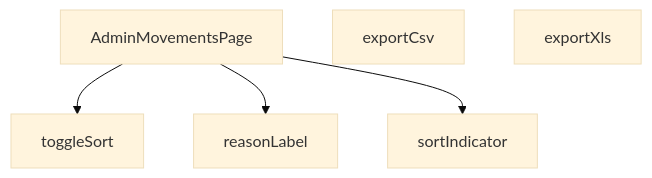
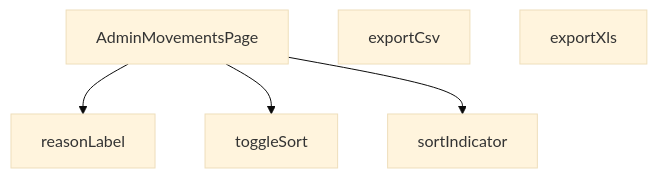
The diagram in src/views/admin/AdminMovementsPage.md (peckop/venthub-hvac-esite), drawn with Mermaid (base theme) before and after one commit. The commit also changed other lines of this file and 113 other files, not shown here.

````diff
--- a/src/views/admin/AdminMovementsPage.md
+++ b/src/views/admin/AdminMovementsPage.md
@@ -346,12 +253,12 @@
 ```mermaid
 graph TD
     AdminMovementsPage_tsx__AdminMovementsPage["AdminMovementsPage"]
     AdminMovementsPage_tsx__exportCsv["exportCsv"]
     AdminMovementsPage_tsx__exportXls["exportXls"]
     AdminMovementsPage_tsx__reasonLabel["reasonLabel"]
     AdminMovementsPage_tsx__sortIndicator["sortIndicator"]
     AdminMovementsPage_tsx__toggleSort["toggleSort"]
+    AdminMovementsPage_tsx__AdminMovementsPage --> AdminMovementsPage_tsx__reasonLabel
     AdminMovementsPage_tsx__AdminMovementsPage --> AdminMovementsPage_tsx__toggleSort
-    AdminMovementsPage_tsx__AdminMovementsPage --> AdminMovementsPage_tsx__reasonLabel
     AdminMovementsPage_tsx__AdminMovementsPage --> AdminMovementsPage_tsx__sortIndicator
 ```
````
